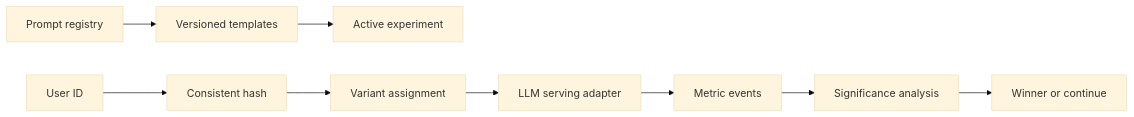
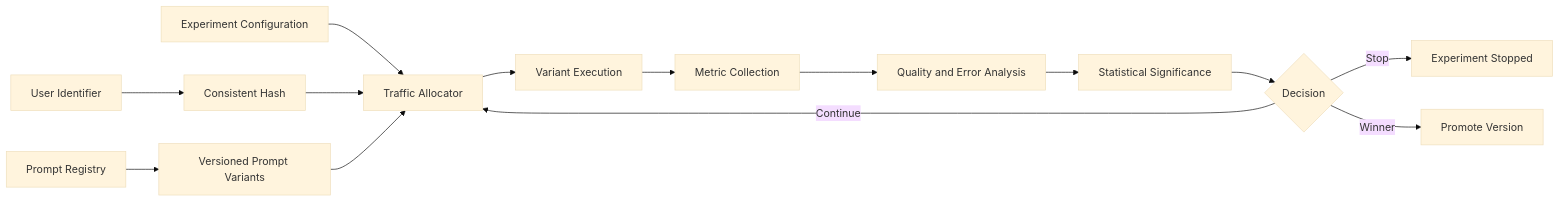
The diagram in README.md (abdullahijaz5961/prompt-experiment-platform), drawn with Mermaid (base theme) before and after one commit. The commit also changed other lines of this file, not shown here.

````diff
--- a/README.md
+++ b/README.md
@@ -33,11 +29,18 @@
 ```mermaid
 flowchart LR
-P[Prompt registry] --> V[Versioned templates]
-V --> E[Active experiment]
-U[User ID] --> H[Consistent hash]
-H --> A[Variant assignment]
-A --> L[LLM serving adapter]
-L --> M[Metric events]
-M --> S[Significance analysis]
-S --> W[Winner or continue]
+    P[Prompt Registry] --> V[Versioned Prompt Variants]
+    E[Experiment Configuration] --> A[Traffic Allocator]
+    U[User Identifier] --> H[Consistent Hash]
+    H --> A
+    V --> A
+
+    A --> S[Variant Execution]
+    S --> M[Metric Collection]
+    M --> Q[Quality and Error Analysis]
+    Q --> T[Statistical Significance]
+    T --> D{Decision}
+
+    D -->|Continue| A
+    D -->|Stop| X[Experiment Stopped]
+    D -->|Winner| W[Promote Version]
 ```
````
